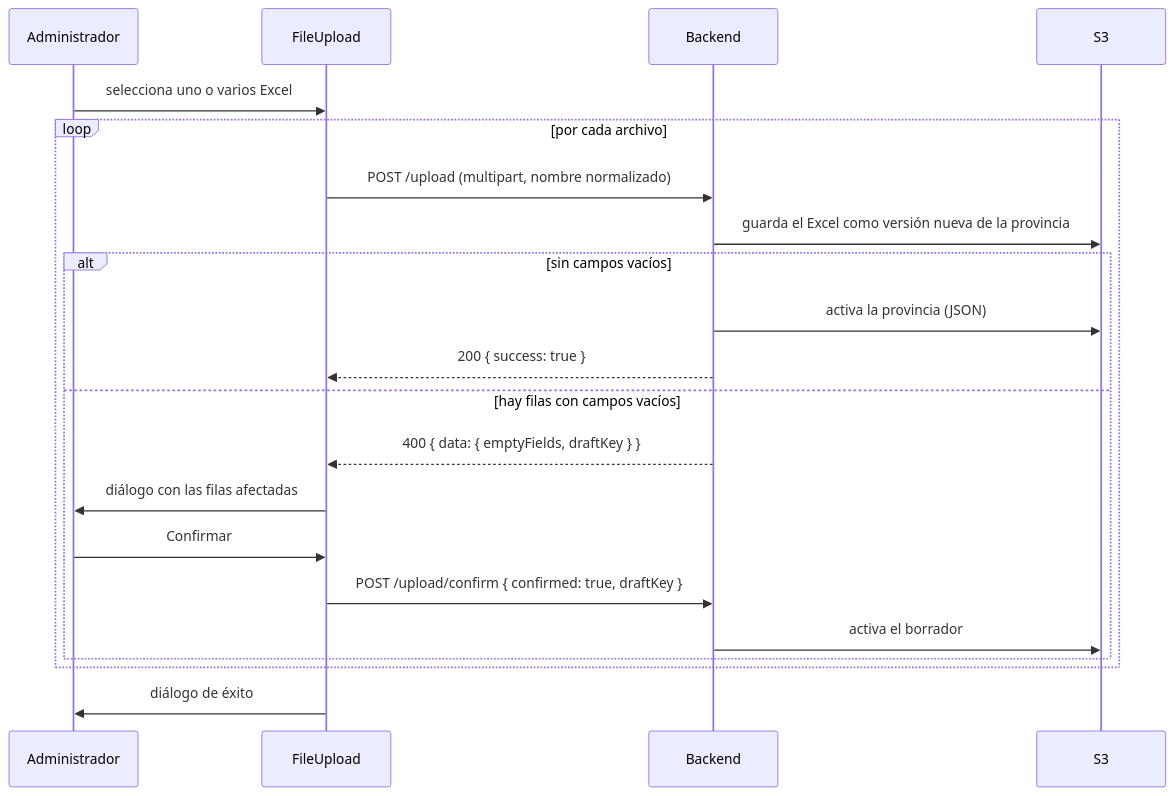
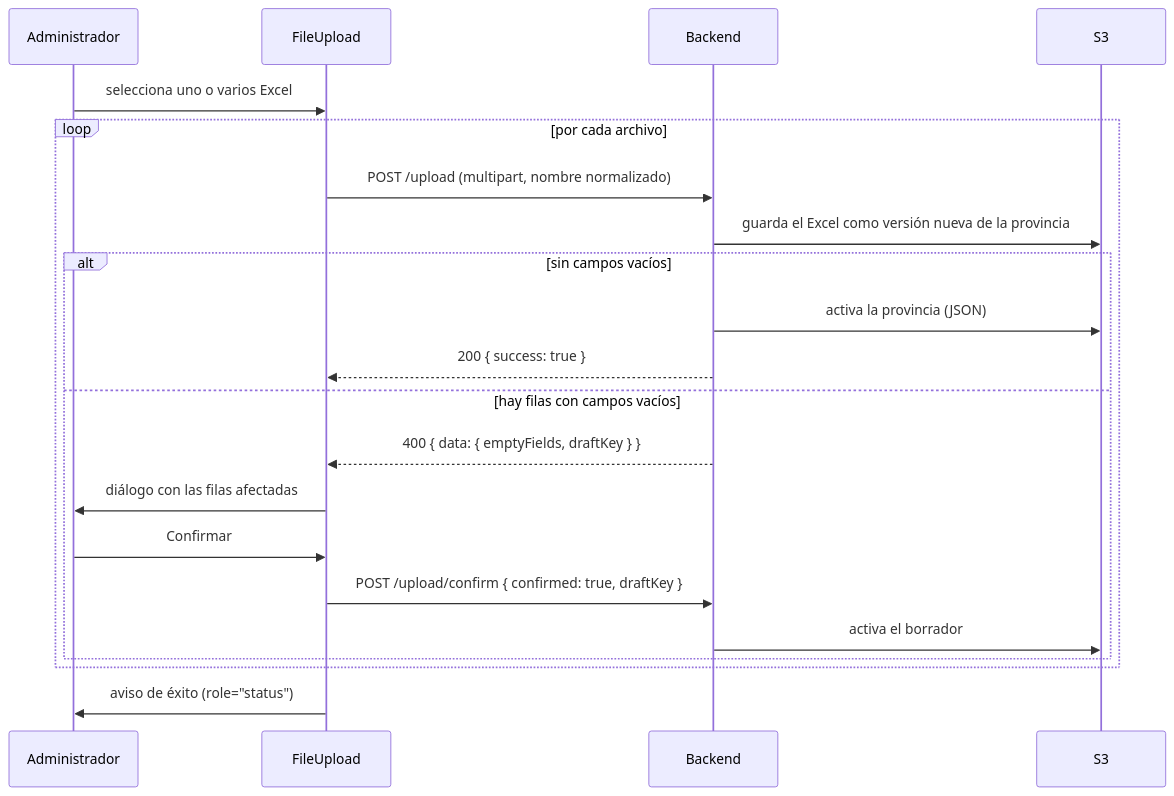
Before and after one commit to EdwinForero/sigmetum-frontend: the second of 2 diagrams in docs/01-arquitectura.md, drawn with Mermaid. The commit also changed other lines of this file and 88 other files, not shown here.

````diff
--- a/docs/01-arquitectura.md
+++ b/docs/01-arquitectura.md
@@ -133,23 +137,23 @@
 ```mermaid
 sequenceDiagram
     participant U as Administrador
     participant FU as FileUpload
     participant API as Backend
     participant S3
     U->>FU: selecciona uno o varios Excel
     loop por cada archivo
         FU->>API: POST /upload (multipart, nombre normalizado)
         API->>S3: guarda el Excel como versión nueva de la provincia
         alt sin campos vacíos
             API->>S3: activa la provincia (JSON)
             API-->>FU: 200 { success: true }
         else hay filas con campos vacíos
             API-->>FU: 400 { data: { emptyFields, draftKey } }
             FU->>U: diálogo con las filas afectadas
             U->>FU: Confirmar
             FU->>API: POST /upload/confirm { confirmed: true, draftKey }
             API->>S3: activa el borrador
         end
     end
-    FU->>U: diálogo de éxito
+    FU->>U: aviso de éxito (role="status")
 ```
````
